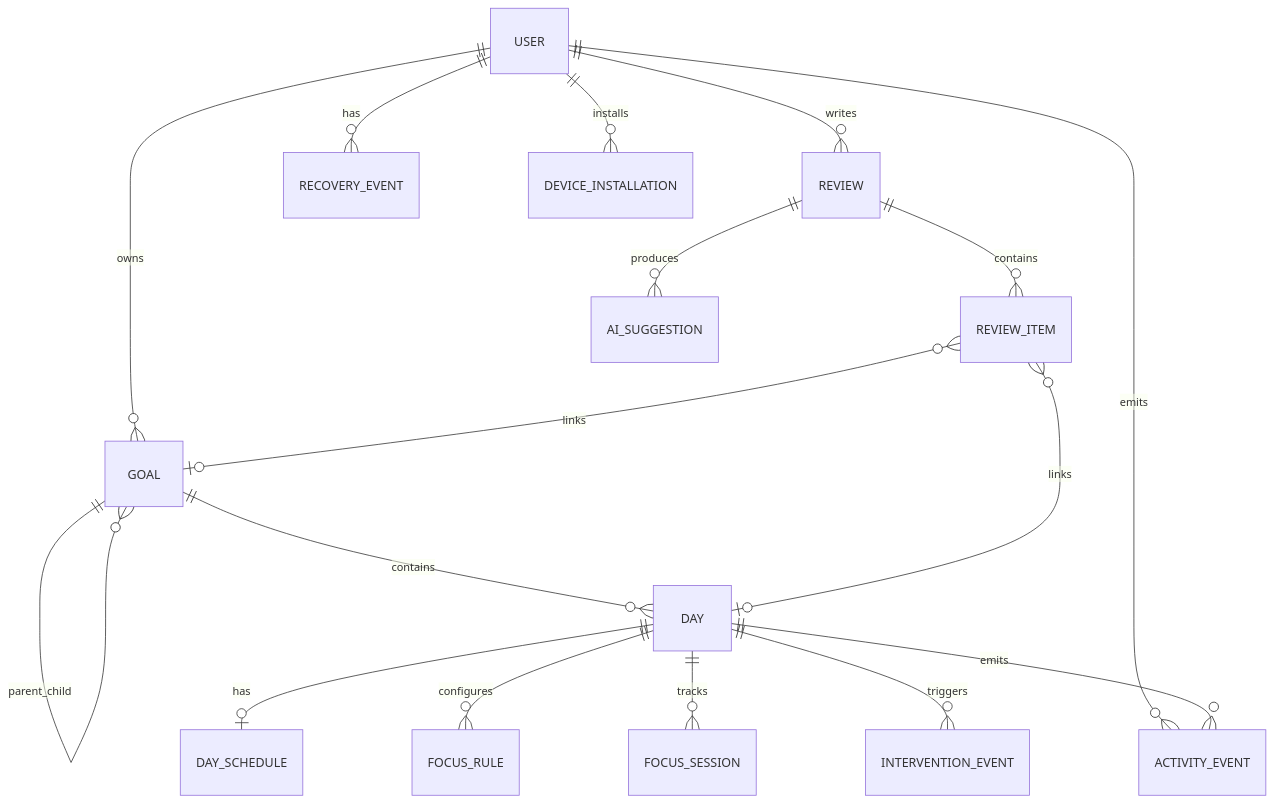
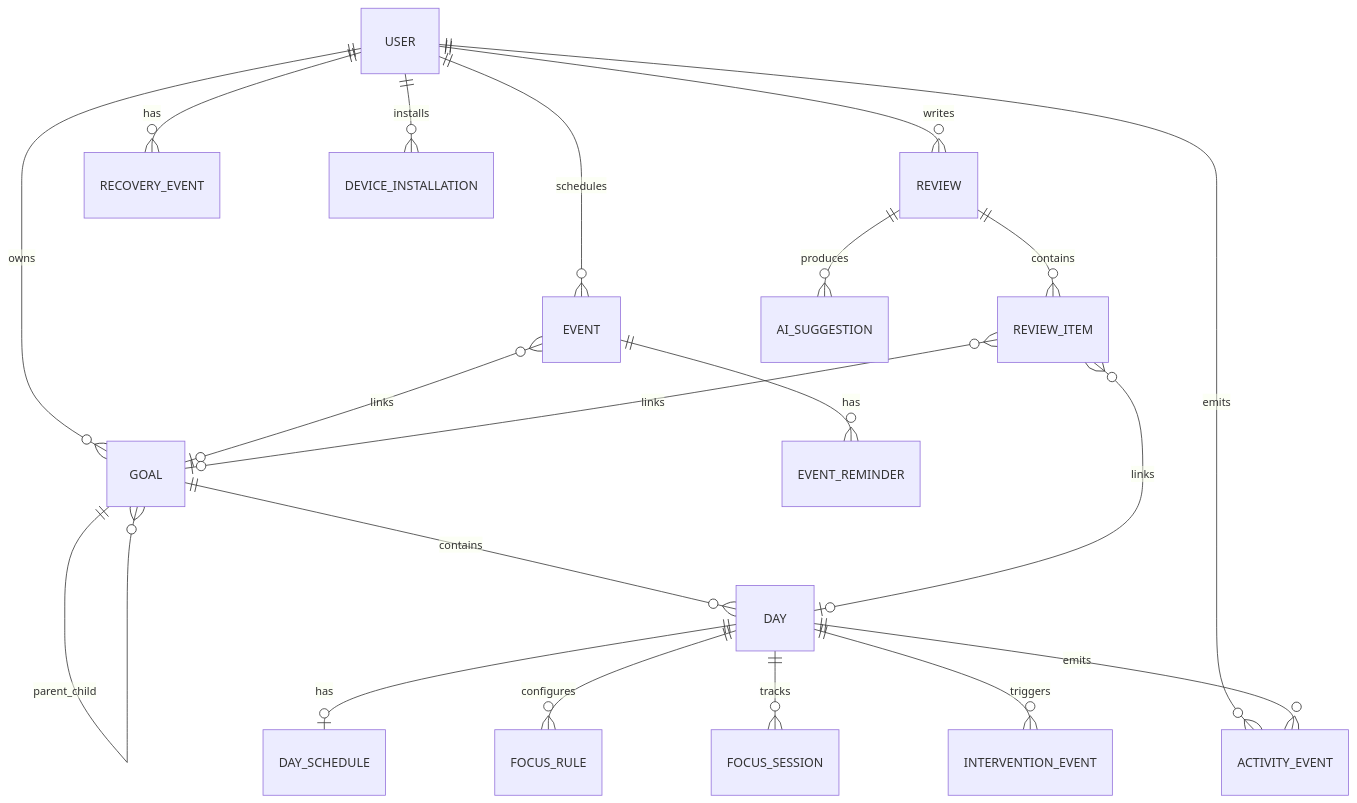
Before and after one commit to gokite227/DayFlow: the second of 2 diagrams in docs/requirements.md, drawn with Mermaid. The commit also changed other lines of this file and 1 other file, not shown here.

Commit message:
docs: add event scheduling requirements

````diff
--- a/docs/requirements.md
+++ b/docs/requirements.md
@@ -330,21 +414,24 @@
 ```mermaid
 erDiagram
   USER ||--o{ GOAL : owns
   USER ||--o{ REVIEW : writes
   USER ||--o{ RECOVERY_EVENT : has
   USER ||--o{ DEVICE_INSTALLATION : installs
   USER ||--o{ ACTIVITY_EVENT : emits
+  USER ||--o{ EVENT : schedules
 
   GOAL ||--o{ GOAL : parent_child
+  EVENT }o--o| GOAL : links
+  EVENT ||--o{ EVENT_REMINDER : has
   GOAL ||--o{ DAY : contains
   DAY ||--o| DAY_SCHEDULE : has
   DAY ||--o{ FOCUS_RULE : configures
   DAY ||--o{ FOCUS_SESSION : tracks
   DAY ||--o{ INTERVENTION_EVENT : triggers
   DAY ||--o{ ACTIVITY_EVENT : emits
 
   REVIEW ||--o{ REVIEW_ITEM : contains
   REVIEW ||--o{ AI_SUGGESTION : produces
   REVIEW_ITEM }o--o| GOAL : links
   REVIEW_ITEM }o--o| DAY : links
 ```
````
